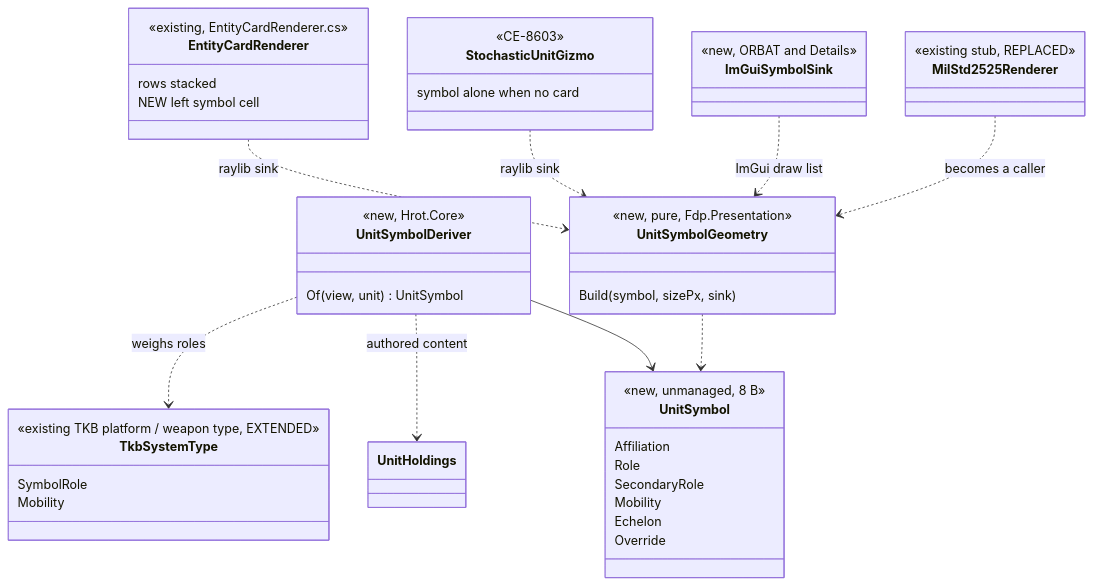
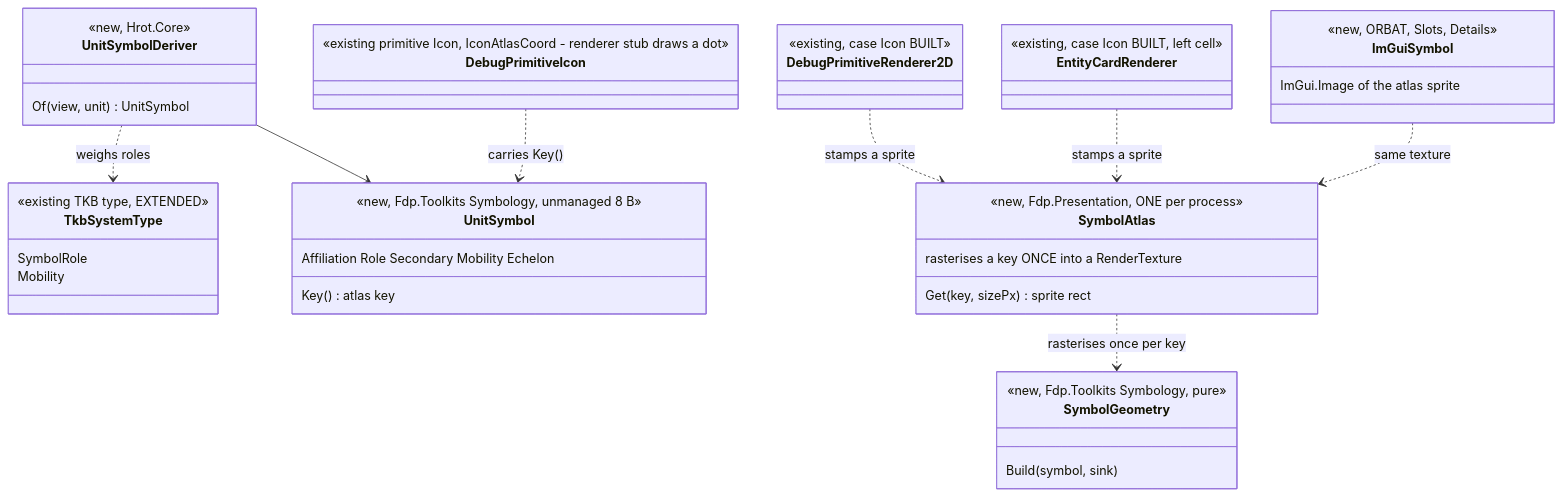
The fourth of 4 diagrams in docs/designs/aggregate-units/DESIGN_Stochastic_Unit_UI.md (pjanec/HROT), drawn with Mermaid before and after one commit. The commit also changed other lines of this file and 2 other files, not shown here.

Commit message:
exp/agg-ui: design - NATO symbols as a generic symbology module, drawn once into an atlas (UI-12 S-4..S-8)
User: performance with 1000 soldiers, where in the software, caching, and how
it relates to the rotated vector symbols. Section 6 revised: one symbol per
UNIT (about 165 for 1000 men) with one echelon level per zoom; UnitSymbol and
SymbolGeometry in Fdp.Toolkits, SymbolAtlas in Fdp.Presentation (one per
process) rasterising each distinct key once; the map, card and ImGui stamp
the sprite through the existing Icon primitive (IconAtlasCoord - the
renderers draw a dot today). Upright, never rotated; men and vehicles keep
their rotated silhouettes (the earlier 'later NATO equipment switch' withdrawn).

Claude-Session: https://claude.ai/code/session_01HAuqWX1KLHp9J32jXmdZuw

````diff
--- a/docs/designs/aggregate-units/DESIGN_Stochastic_Unit_UI.md
+++ b/docs/designs/aggregate-units/DESIGN_Stochastic_Unit_UI.md
@@ -153,48 +157,46 @@
 ```mermaid
 classDiagram
   class TkbSystemType {
-    <<existing TKB platform / weapon type, EXTENDED>>
+    <<existing TKB type, EXTENDED>>
     SymbolRole
     Mobility
+  }
+  class UnitSymbol {
+    <<new, Fdp.Toolkits Symbology, unmanaged 8 B>>
+    Affiliation Role Secondary Mobility Echelon
+    Key() atlas key
   }
   class UnitSymbolDeriver {
     <<new, Hrot.Core>>
     Of(view, unit) UnitSymbol
   }
-  class UnitSymbol {
-    <<new, unmanaged, 8 B>>
-    Affiliation
-    Role
-    SecondaryRole
-    Mobility
-    Echelon
-    Override
+  class SymbolGeometry {
+    <<new, Fdp.Toolkits Symbology, pure>>
+    Build(symbol, sink)
   }
-  class UnitSymbolGeometry {
-    <<new, pure, Fdp.Presentation>>
-    Build(symbol, sizePx, sink)
+  class SymbolAtlas {
+    <<new, Fdp.Presentation, ONE per process>>
+    Get(key, sizePx) sprite rect
+    rasterises a key ONCE into a RenderTexture
+  }
+  class DebugPrimitiveIcon {
+    <<existing primitive Icon, IconAtlasCoord - renderer stub draws a dot>>
+  }
+  class DebugPrimitiveRenderer2D {
+    <<existing, case Icon BUILT>>
   }
   class EntityCardRenderer {
-    <<existing, EntityCardRenderer.cs>>
-    rows stacked
-    NEW left symbol cell
+    <<existing, case Icon BUILT, left cell>>
   }
-  class StochasticUnitGizmo {
-    <<CE-8603>>
-    symbol alone when no card
-  }
-  class ImGuiSymbolSink {
-    <<new, ORBAT and Details>>
-  }
-  class MilStd2525Renderer {
-    <<existing stub, REPLACED>>
+  class ImGuiSymbol {
+    <<new, ORBAT, Slots, Details>>
+    ImGui.Image of the atlas sprite
   }
   UnitSymbolDeriver ..> TkbSystemType : weighs roles
-  UnitSymbolDeriver ..> UnitHoldings : authored content
   UnitSymbolDeriver --> UnitSymbol
-  UnitSymbolGeometry ..> UnitSymbol
-  EntityCardRenderer ..> UnitSymbolGeometry : raylib sink
-  StochasticUnitGizmo ..> UnitSymbolGeometry : raylib sink
-  ImGuiSymbolSink ..> UnitSymbolGeometry : ImGui draw list
-  MilStd2525Renderer ..> UnitSymbolGeometry : becomes a caller
+  SymbolAtlas ..> SymbolGeometry : rasterises once per key
+  DebugPrimitiveRenderer2D ..> SymbolAtlas : stamps a sprite
+  EntityCardRenderer ..> SymbolAtlas : stamps a sprite
+  ImGuiSymbol ..> SymbolAtlas : same texture
+  DebugPrimitiveIcon ..> UnitSymbol : carries Key()
 ```
````
